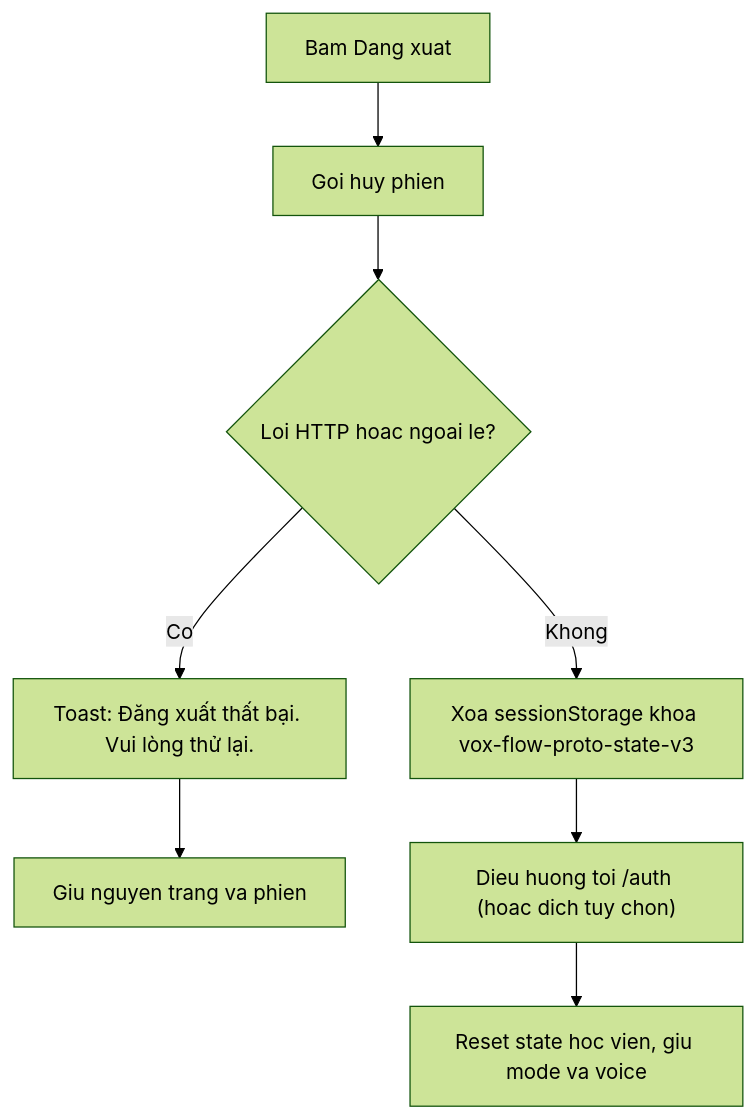
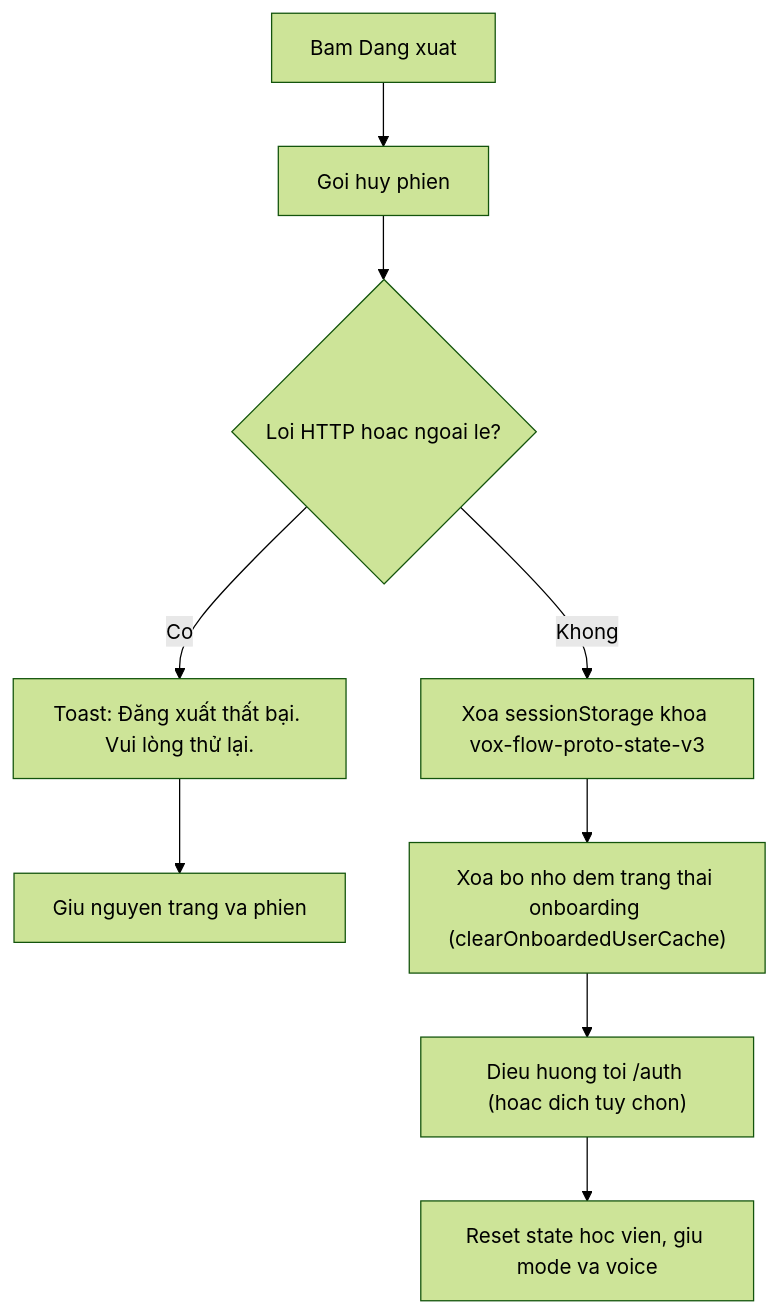
The eighth of 14 diagrams in docs/_reverse/auth-account/srs/auth-account-reverse-flows.md (vinh19410/vox-flow), drawn with Mermaid (forest theme) before and after one commit. The commit also changed other lines of this file and 16 other files, not shown here.

````diff
--- a/docs/_reverse/auth-account/srs/auth-account-reverse-flows.md
+++ b/docs/_reverse/auth-account/srs/auth-account-reverse-flows.md
@@ -189,10 +206,11 @@
 ```mermaid
 flowchart TD
     A["Bam Dang xuat"] --> B["Goi huy phien"]
     B --> C{"Loi HTTP hoac ngoai le?"}
     C -->|Co| C1["Toast: Đăng xuất thất bại. Vui lòng thử lại."]
     C1 --> C2["Giu nguyen trang va phien"]
     C -->|Khong| D["Xoa sessionStorage khoa vox-flow-proto-state-v3"]
-    D --> E["Dieu huong toi /auth (hoac dich tuy chon)"]
+    D --> D2["Xoa bo nho dem trang thai onboarding (clearOnboardedUserCache)"]
+    D2 --> E["Dieu huong toi /auth (hoac dich tuy chon)"]
     E --> F["Reset state hoc vien, giu mode va voice"]
 ```
````
